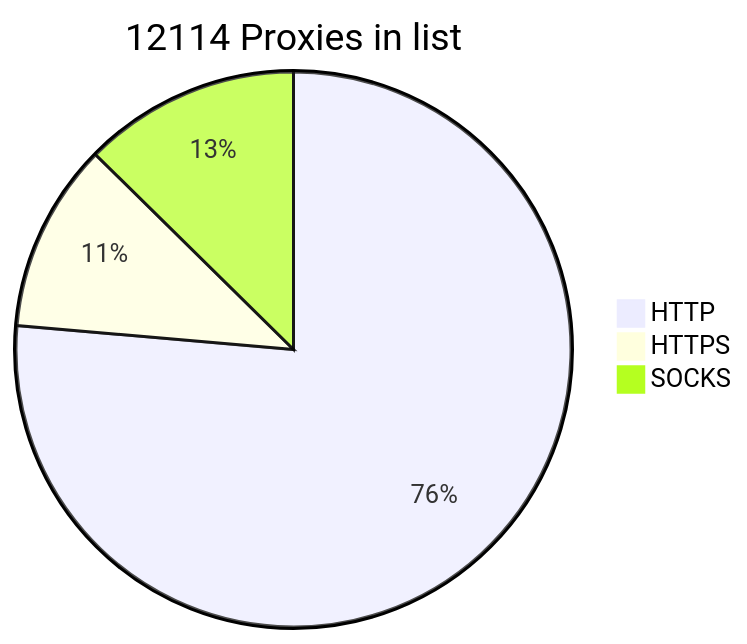
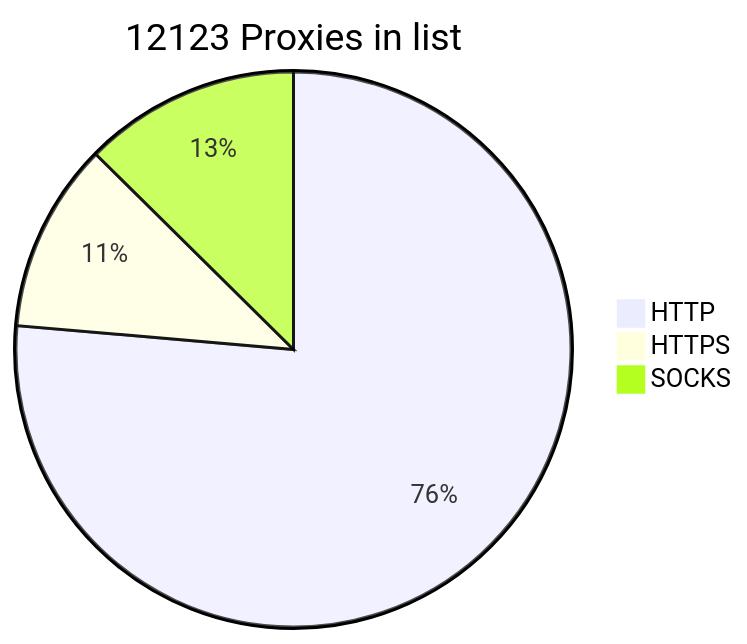
Before and after one commit to BlackSnowDot/proxylist-update-every-minute: the diagram in README.md, drawn with Mermaid.

````diff
--- a/README.md
+++ b/README.md
@@ -2,6 +2,6 @@
 ```mermaid
-pie title 12114 Proxies in list
-    "HTTP" : 9365
-    "HTTPS": 1349
+pie title 12123 Proxies in list
+    "HTTP" : 9386
+    "HTTPS": 1356
     "SOCKS" : 1548
 ```
````
